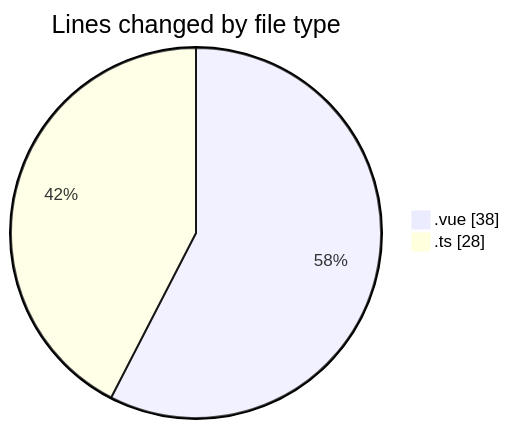
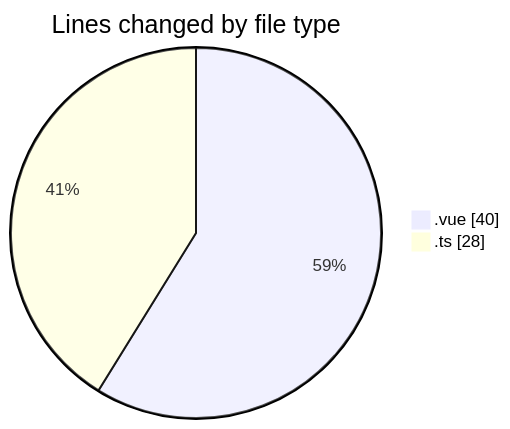
The first of 2 diagrams in 2025-08-19/rentotp/README.md (lephambinh05/code-tracking), drawn with Mermaid before and after one commit. The commit also changed other lines of this file and 1 other file, not shown here.

````diff
--- a/2025-08-19/rentotp/README.md
+++ b/2025-08-19/rentotp/README.md
@@ -24,6 +24,6 @@
 ```mermaid
 pie showData
 title Lines changed by file type
-".vue" : 38
+".vue" : 40
 ".ts" : 28
 ```
````
